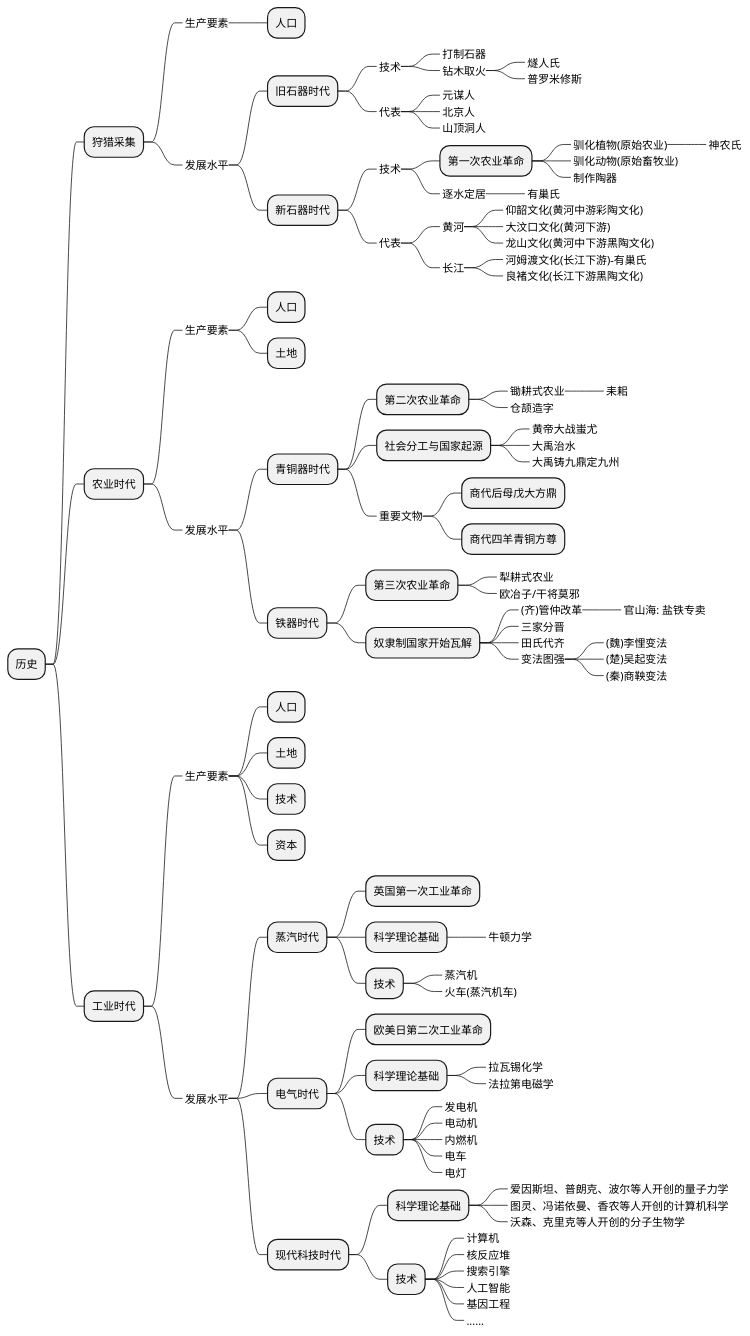
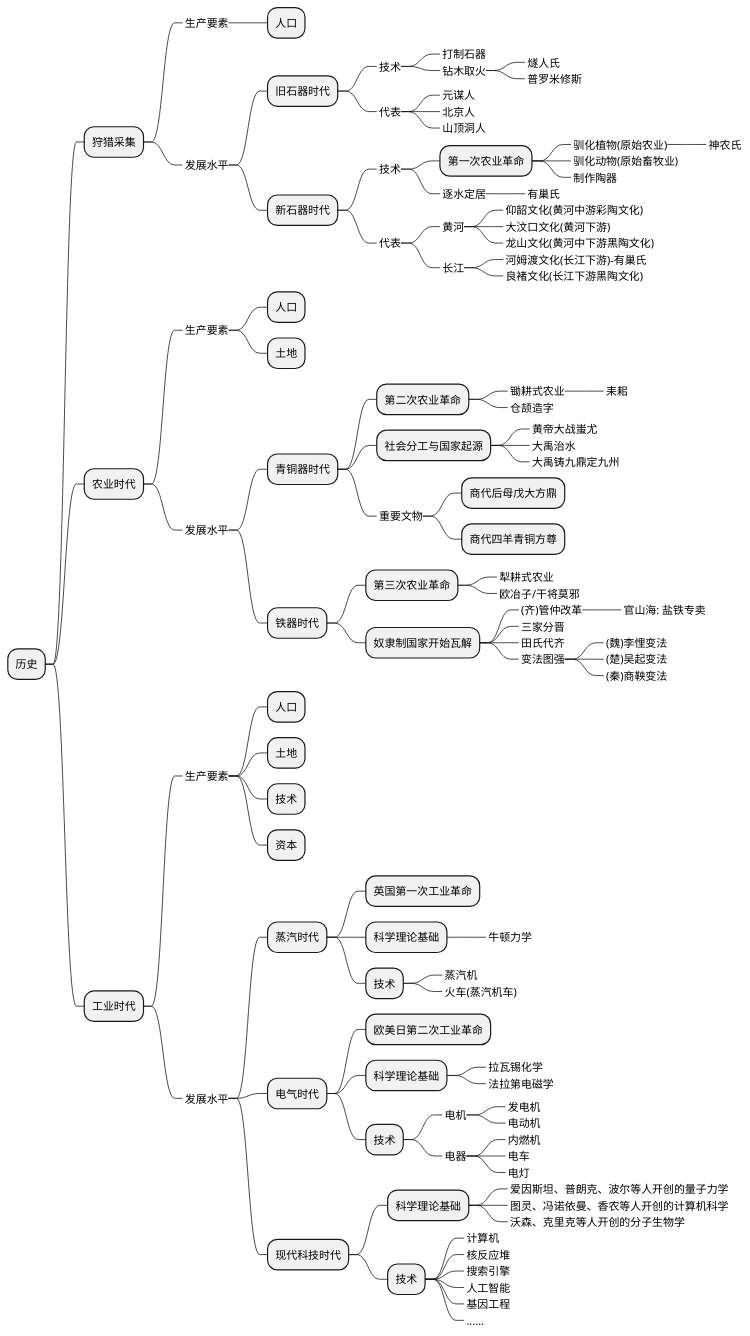
One commit to holmofy/blog.hufeifei.cn changed the diagram in source/_posts/economic/economic_and_history.md. Above: the diagram before and after it, drawn with PlantUML.

```diff
--- a/source/_posts/economic/economic_and_history.md
+++ b/source/_posts/economic/economic_and_history.md
@@ -97,11 +97,13 @@
 ++++++_ 拉瓦锡化学
 ++++++_ 法拉第电磁学
 +++++ 技术
-++++++_ 发电机
-++++++_ 电动机
-++++++_ 内燃机
-++++++_ 电车
-++++++_ 电灯
+++++++_ 电机
++++++++_ 发电机
++++++++_ 电动机
+++++++_ 电器
++++++++_ 内燃机
++++++++_ 电车
++++++++_ 电灯
 ++++ 现代科技时代
 +++++ 科学理论基础
 ++++++_ 爱因斯坦、普朗克、波尔等人开创的量子力学
```
